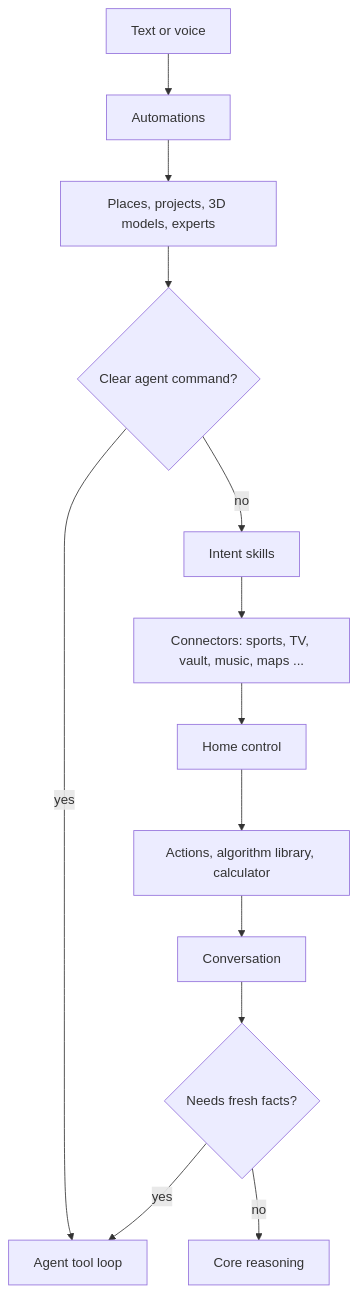
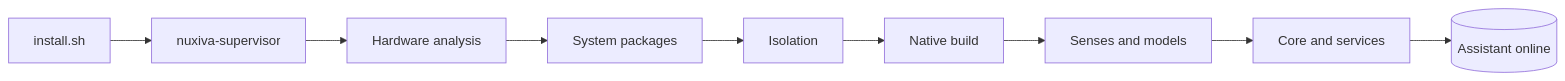
One commit to AprileNunzio/Nuxiva changed the second of 2 diagrams in README.md. Above: the diagram before and after it, drawn with Mermaid. The commit also changed other lines of this file and 7 other files, not shown here.

````diff
--- a/README.md
+++ b/README.md
@@ -165,15 +163,11 @@
 ```mermaid
-flowchart TD
-    T[Text or voice] --> A1[Automations]
-    A1 --> A2[Places, projects, 3D models, experts]
-    A2 --> A3{Clear agent command?}
-    A3 -- yes --> AG[Agent tool loop]
-    A3 -- no --> A4[Intent skills]
-    A4 --> A5[Connectors: sports, TV, vault, music, maps ...]
-    A5 --> A6[Home control]
-    A6 --> A7[Actions, algorithm library, calculator]
-    A7 --> CV[Conversation]
-    CV --> G{Needs fresh facts?}
-    G -- yes --> AG
-    G -- no --> CORE[Core reasoning]
+flowchart LR
+    A[install.sh] --> B[nuxiva-supervisor]
+    B --> C[Hardware analysis]
+    C --> D[System packages]
+    D --> E[Isolation]
+    E --> F[Native build]
+    F --> G[Senses and models]
+    G --> H[Core and services]
+    H --> I[(Assistant online)]
 ```
````
